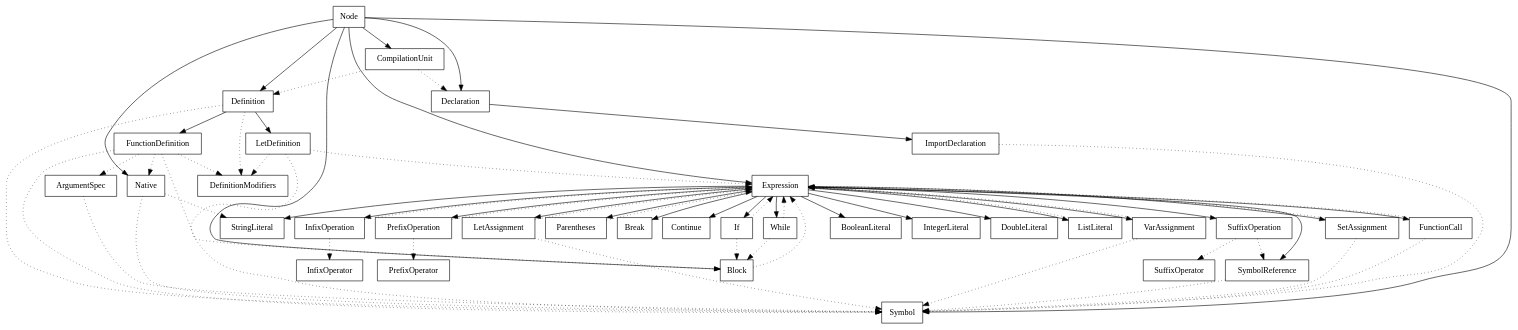
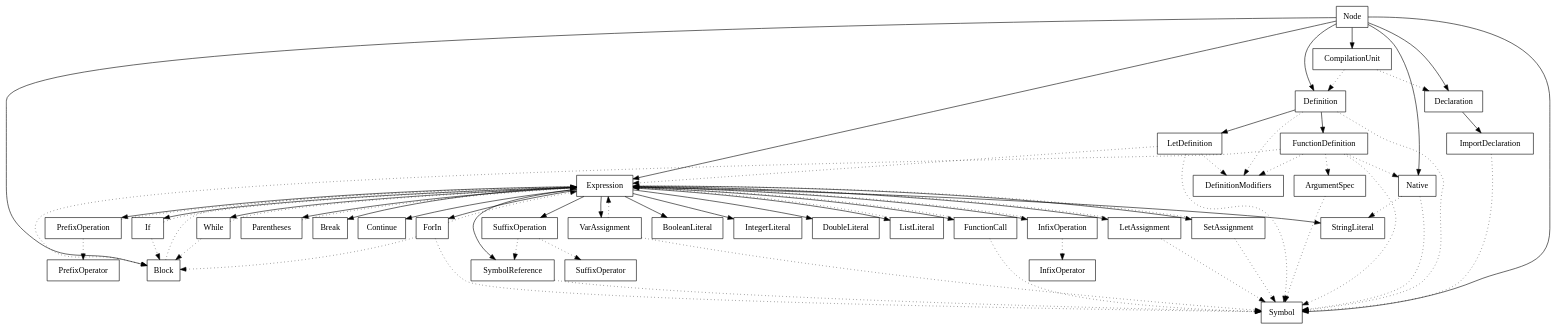
One commit to gay-pizza/pork changed the diagram in ast/src/main/graph/types.dot. Above: the diagram before and after it, drawn with Graphviz. The commit also changed 11 other files, not shown here.

```diff
--- a/ast/src/main/graph/types.dot
+++ b/ast/src/main/graph/types.dot
@@ -1,102 +1,107 @@
 digraph A {
   type_Node [shape=box,label="Node"]
   type_Expression [shape=box,label="Expression"]
   type_Symbol [shape=box,label="Symbol"]
   type_Declaration [shape=box,label="Declaration"]
   type_Definition [shape=box,label="Definition"]
   type_DefinitionModifiers [shape=box,label="DefinitionModifiers"]
   type_Block [shape=box,label="Block"]
   type_CompilationUnit [shape=box,label="CompilationUnit"]
   type_LetAssignment [shape=box,label="LetAssignment"]
   type_VarAssignment [shape=box,label="VarAssignment"]
   type_SetAssignment [shape=box,label="SetAssignment"]
   type_InfixOperator [shape=box,label="InfixOperator"]
   type_InfixOperation [shape=box,label="InfixOperation"]
   type_BooleanLiteral [shape=box,label="BooleanLiteral"]
   type_FunctionCall [shape=box,label="FunctionCall"]
   type_ArgumentSpec [shape=box,label="ArgumentSpec"]
   type_FunctionDefinition [shape=box,label="FunctionDefinition"]
   type_LetDefinition [shape=box,label="LetDefinition"]
   type_If [shape=box,label="If"]
   type_ImportDeclaration [shape=box,label="ImportDeclaration"]
   type_IntegerLiteral [shape=box,label="IntegerLiteral"]
   type_DoubleLiteral [shape=box,label="DoubleLiteral"]
   type_ListLiteral [shape=box,label="ListLiteral"]
   type_Parentheses [shape=box,label="Parentheses"]
   type_PrefixOperator [shape=box,label="PrefixOperator"]
   type_PrefixOperation [shape=box,label="PrefixOperation"]
   type_SuffixOperator [shape=box,label="SuffixOperator"]
   type_SuffixOperation [shape=box,label="SuffixOperation"]
   type_StringLiteral [shape=box,label="StringLiteral"]
   type_SymbolReference [shape=box,label="SymbolReference"]
   type_While [shape=box,label="While"]
+  type_ForIn [shape=box,label="ForIn"]
   type_Break [shape=box,label="Break"]
   type_Continue [shape=box,label="Continue"]
   type_Native [shape=box,label="Native"]
   type_Node -> type_Expression
   type_Node -> type_Symbol
   type_Node -> type_Declaration
   type_Node -> type_Definition
   type_Node -> type_Block
   type_Node -> type_CompilationUnit
   type_Node -> type_Native
   type_Expression -> type_LetAssignment
   type_Expression -> type_VarAssignment
   type_Expression -> type_SetAssignment
   type_Expression -> type_InfixOperation
   type_Expression -> type_BooleanLiteral
   type_Expression -> type_FunctionCall
   type_Expression -> type_If
   type_Expression -> type_IntegerLiteral
   type_Expression -> type_DoubleLiteral
   type_Expression -> type_ListLiteral
   type_Expression -> type_Parentheses
   type_Expression -> type_PrefixOperation
   type_Expression -> type_SuffixOperation
   type_Expression -> type_StringLiteral
   type_Expression -> type_SymbolReference
   type_Expression -> type_While
+  type_Expression -> type_ForIn
   type_Expression -> type_Break
   type_Expression -> type_Continue
   type_Definition -> type_FunctionDefinition
   type_Definition -> type_LetDefinition
   type_Declaration -> type_ImportDeclaration
   type_Definition -> type_Symbol [style=dotted]
   type_Definition -> type_DefinitionModifiers [style=dotted]
   type_Block -> type_Expression [style=dotted]
   type_CompilationUnit -> type_Declaration [style=dotted]
   type_CompilationUnit -> type_Definition [style=dotted]
   type_LetAssignment -> type_Symbol [style=dotted]
   type_LetAssignment -> type_Expression [style=dotted]
   type_VarAssignment -> type_Symbol [style=dotted]
   type_VarAssignment -> type_Expression [style=dotted]
   type_SetAssignment -> type_Symbol [style=dotted]
   type_SetAssignment -> type_Expression [style=dotted]
   type_InfixOperation -> type_Expression [style=dotted]
   type_InfixOperation -> type_InfixOperator [style=dotted]
   type_FunctionCall -> type_Symbol [style=dotted]
   type_FunctionCall -> type_Expression [style=dotted]
   type_ArgumentSpec -> type_Symbol [style=dotted]
   type_FunctionDefinition -> type_DefinitionModifiers [style=dotted]
   type_FunctionDefinition -> type_Symbol [style=dotted]
   type_FunctionDefinition -> type_ArgumentSpec [style=dotted]
   type_FunctionDefinition -> type_Block [style=dotted]
   type_FunctionDefinition -> type_Native [style=dotted]
   type_LetDefinition -> type_DefinitionModifiers [style=dotted]
   type_LetDefinition -> type_Symbol [style=dotted]
   type_LetDefinition -> type_Expression [style=dotted]
   type_If -> type_Expression [style=dotted]
   type_If -> type_Block [style=dotted]
   type_ImportDeclaration -> type_Symbol [style=dotted]
   type_ListLiteral -> type_Expression [style=dotted]
   type_Parentheses -> type_Expression [style=dotted]
   type_PrefixOperation -> type_PrefixOperator [style=dotted]
   type_PrefixOperation -> type_Expression [style=dotted]
   type_SuffixOperation -> type_SuffixOperator [style=dotted]
   type_SuffixOperation -> type_SymbolReference [style=dotted]
   type_SymbolReference -> type_Symbol [style=dotted]
   type_While -> type_Expression [style=dotted]
   type_While -> type_Block [style=dotted]
+  type_ForIn -> type_Symbol [style=dotted]
+  type_ForIn -> type_Expression [style=dotted]
+  type_ForIn -> type_Block [style=dotted]
   type_Native -> type_Symbol [style=dotted]
   type_Native -> type_StringLiteral [style=dotted]
 }
```
